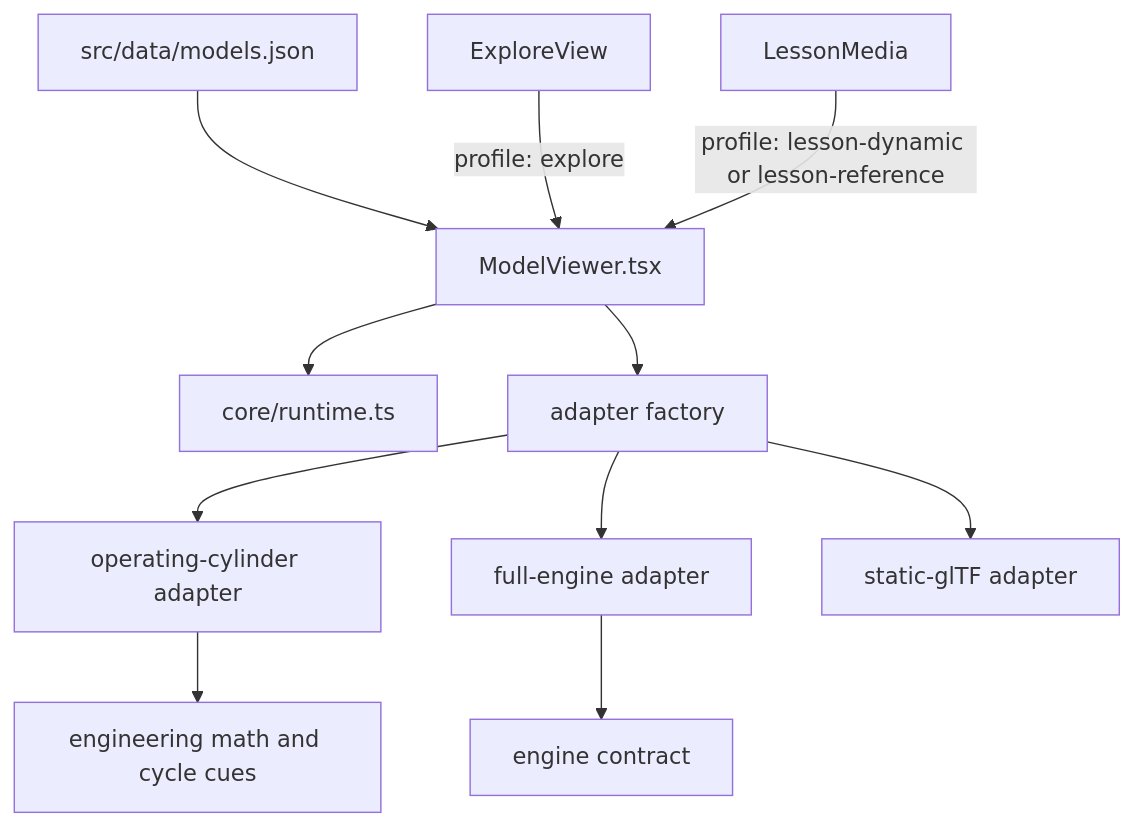
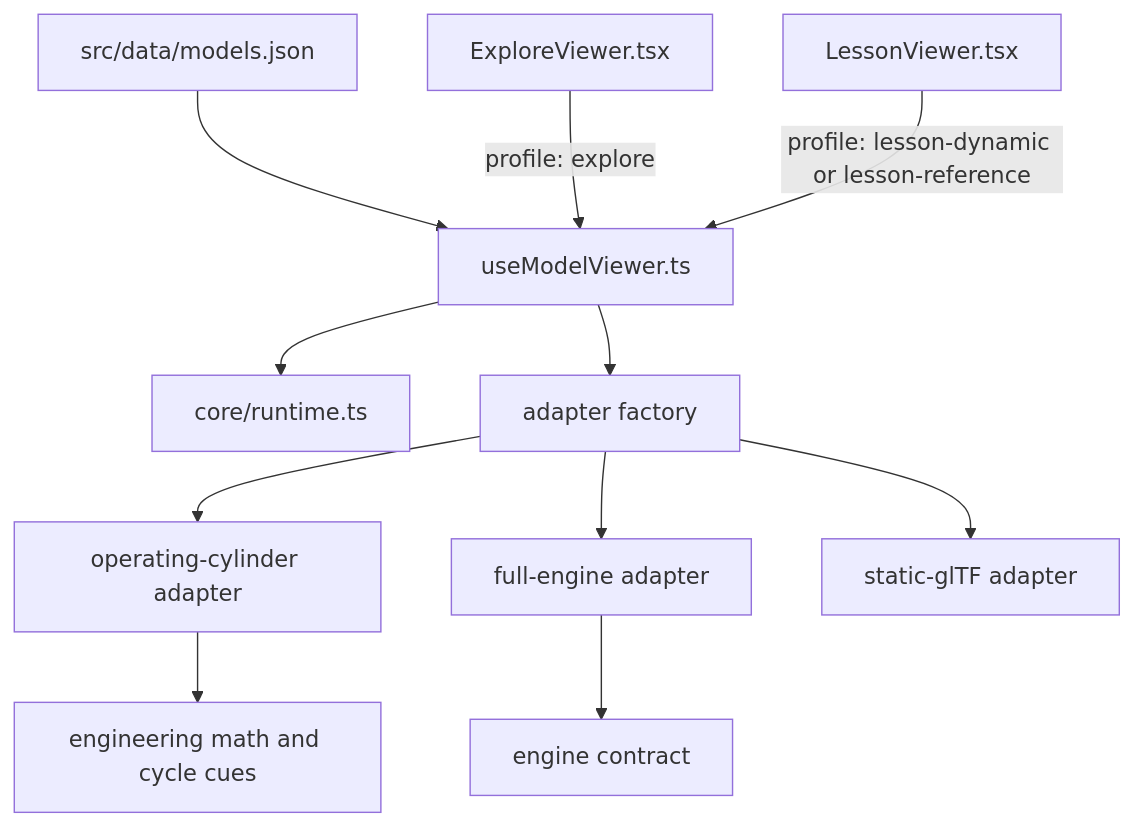
Before and after one commit to Gideonamani/4212PistonEngine: the diagram in docs/mode-shell-viewer-separation.md, drawn with Mermaid. The commit also changed other lines of this file and 3 other files, not shown here.

First line of the commit message:
Bring the architecture guides and the phone check up to the current app

````diff
--- a/docs/mode-shell-viewer-separation.md
+++ b/docs/mode-shell-viewer-separation.md
@@ -7,13 +7,13 @@
 ```mermaid
 flowchart TD
-  REG[src/data/models.json] --> MV[ModelViewer.tsx]
-  EXP[ExploreView] -->|profile: explore| MV
-  LES[LessonMedia] -->|profile: lesson-dynamic or lesson-reference| MV
+  REG[src/data/models.json] --> MV[useModelViewer.ts]
+  EXP[ExploreViewer.tsx] -->|profile: explore| MV
+  LES[LessonViewer.tsx] -->|profile: lesson-dynamic or lesson-reference| MV
   MV --> RT[core/runtime.ts]
   MV --> AD[adapter factory]
   AD --> CYL[operating-cylinder adapter]
   AD --> ENG[full-engine adapter]
   AD --> REF[static-glTF adapter]
   CYL --> MATH[engineering math and cycle cues]
   ENG --> CONTRACT[engine contract]
 ```
````
